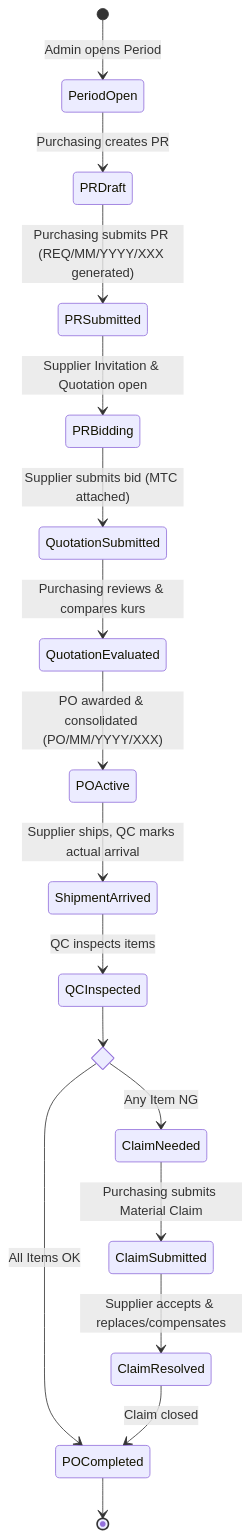
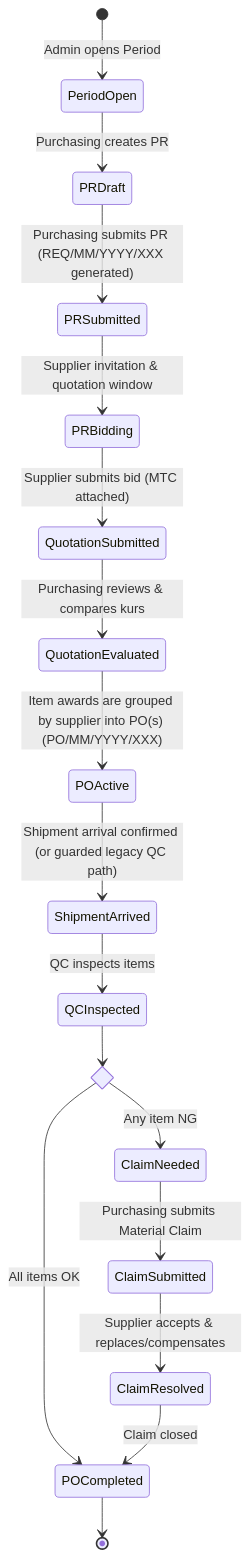
Before and after one commit to poyipoy/supplierportal: the second of 5 diagrams in context.md, drawn with Mermaid. The commit also changed other lines of this file and 446 other files, not shown here.

````diff
--- a/context.md
+++ b/context.md
@@ -103,22 +113,22 @@
 ```mermaid
 stateDiagram-v2
     [*] --> PeriodOpen: Admin opens Period
     PeriodOpen --> PRDraft: Purchasing creates PR
     PRDraft --> PRSubmitted: Purchasing submits PR (REQ/MM/YYYY/XXX generated)
-    PRSubmitted --> PRBidding: Supplier Invitation & Quotation open
+    PRSubmitted --> PRBidding: Supplier invitation & quotation window
     PRBidding --> QuotationSubmitted: Supplier submits bid (MTC attached)
     QuotationSubmitted --> QuotationEvaluated: Purchasing reviews & compares kurs
-    QuotationEvaluated --> POActive: PO awarded & consolidated (PO/MM/YYYY/XXX)
-    POActive --> ShipmentArrived: Supplier ships, QC marks actual arrival
+    QuotationEvaluated --> POActive: Item awards are grouped by supplier into PO(s) (PO/MM/YYYY/XXX)
+    POActive --> ShipmentArrived: Shipment arrival confirmed (or guarded legacy QC path)
     ShipmentArrived --> QCInspected: QC inspects items
-    
+
     state QC_Result <<choice>>
     QCInspected --> QC_Result
-    QC_Result --> POCompleted: All Items OK
-    QC_Result --> ClaimNeeded: Any Item NG
-    
+    QC_Result --> POCompleted: All items OK
+    QC_Result --> ClaimNeeded: Any item NG
+
     ClaimNeeded --> ClaimSubmitted: Purchasing submits Material Claim
     ClaimSubmitted --> ClaimResolved: Supplier accepts & replaces/compensates
     ClaimResolved --> POCompleted: Claim closed
     POCompleted --> [*]
 ```
````
